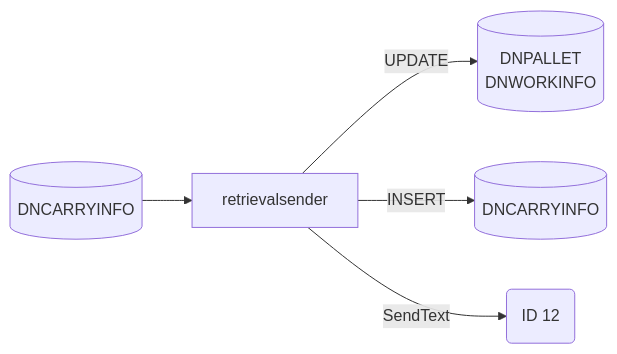
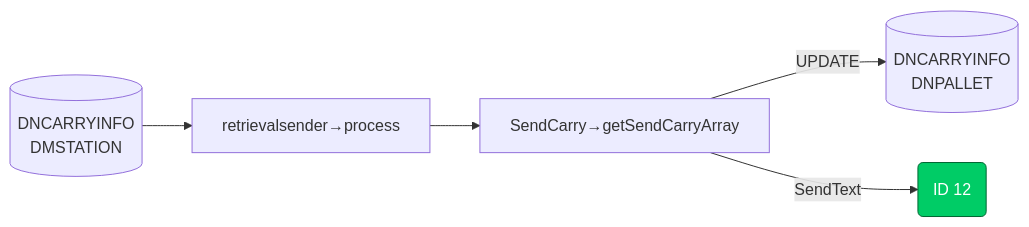
Before and after one commit to luthfiadityaa/SimeDarby-Wiki: the fourth of 11 diagrams in Basic-Design/DFD-WMS/Retrieval/Unplanned-Retrieval-to-HP-Area.md, drawn with Mermaid.

Commit message:
Updated Unplanned Retrieval to HP Area

```diff
--- a/Basic-Design/DFD-WMS/Retrieval/Unplanned-Retrieval-to-HP-Area.md
+++ b/Basic-Design/DFD-WMS/Retrieval/Unplanned-Retrieval-to-HP-Area.md
@@ -266,24 +266,23 @@
 ::: mermaid
 flowchart LR
 
 retrievalsender-input[("
 DNCARRYINFO
+DMSTATION
 ")]
 
 retrievalsender-update[("
+DNCARRYINFO
 DNPALLET
-DNWORKINFO
-")]
-
-retrievalsender-insert[("
-DNCARRYINFO
 ")]
 
 id12msg("
 ID 12
 ")
 
-retrievalsender-input-->retrievalsender--> |UPDATE| retrievalsender-update
-retrievalsender--> |INSERT| retrievalsender-insert
-retrievalsender--> |SendText| id12msg
+retrievalsender-input--> P1[retrievalsender→process]-->P2[SendCarry→getSendCarryArray]--> |UPDATE| retrievalsender-update
+P2--> |SendText| id12msg
+
+ click id12msg "https://dev.azure.com/Daifuku-SW/ID_SimeDarbyPlantation/_wiki/wikis/ID_SimeDarbyPlantation.wiki/956/Stacked-Empty-Pallet?anchor=id12" "Go to ID12"
+    style id12msg fill:#00cc66,stroke:#006633,color:#ffffff
 :::
```
